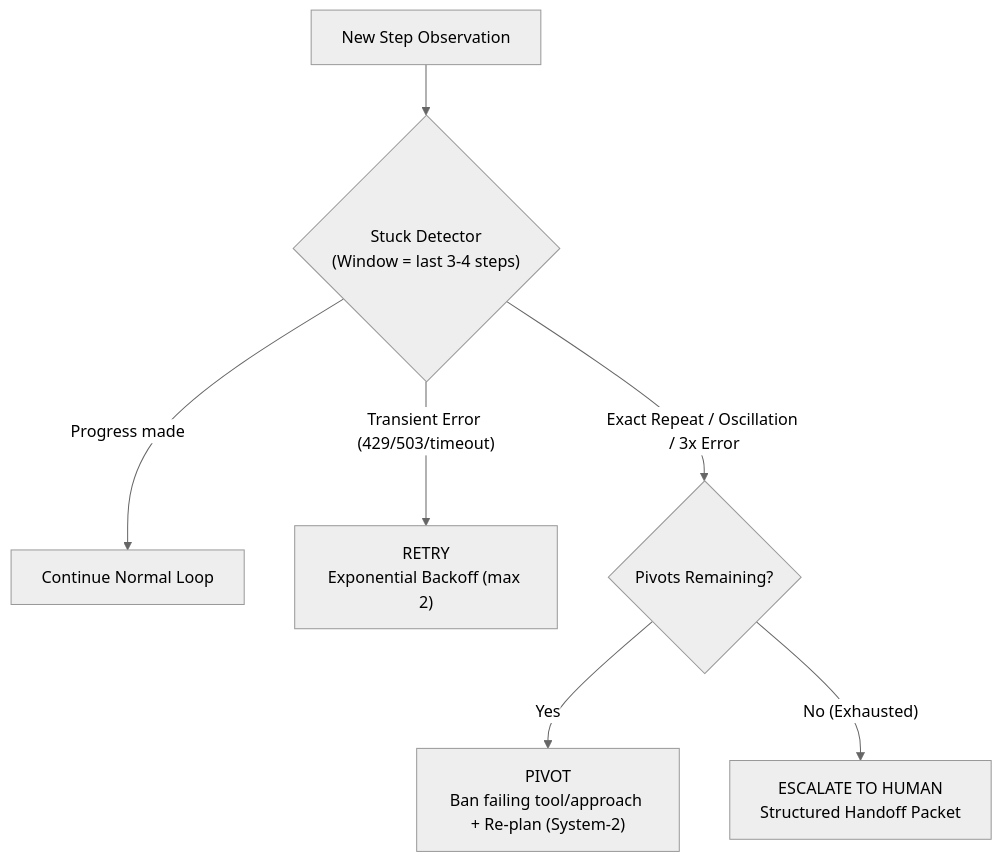
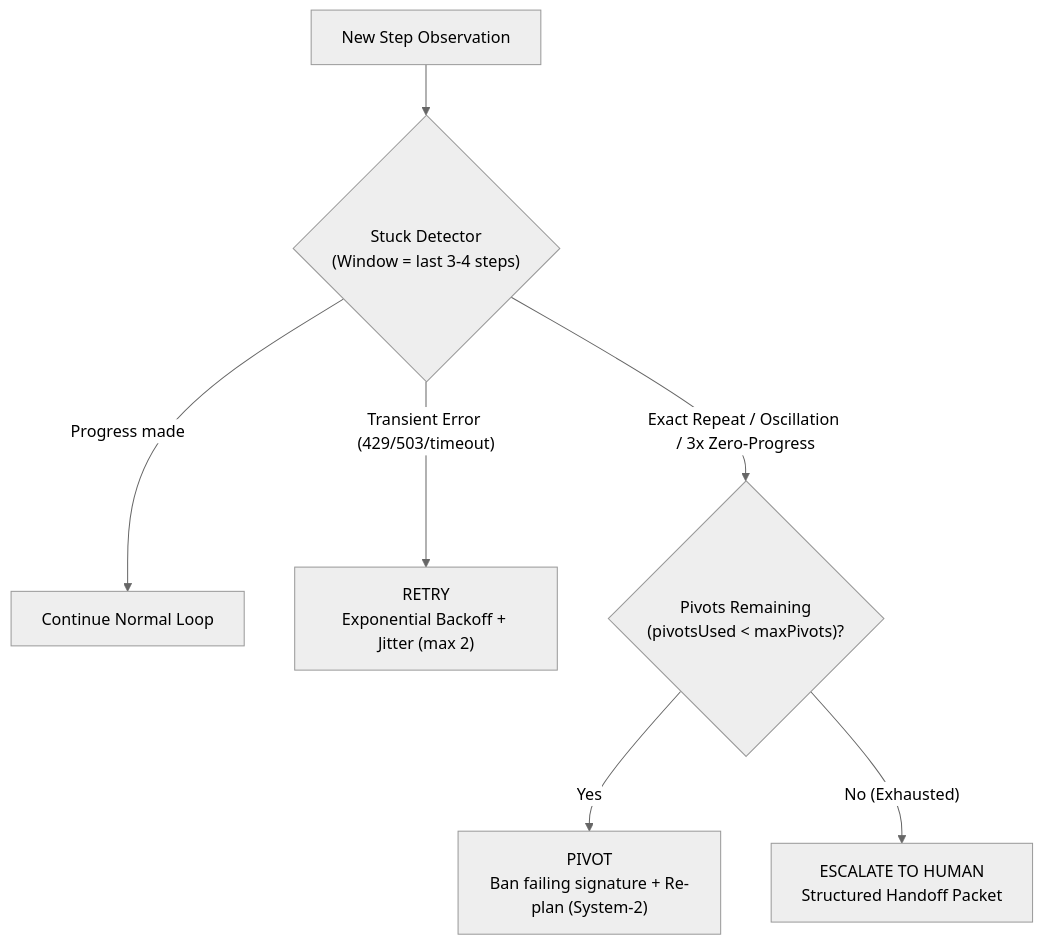
The first of 2 diagrams in Lecture 14 - Loop Engineering and A2A Protocol/notes/04_Stuck_Detection_Retry_Pivot_and_Escalation.md (Amie-dev/FDE-and-GenAI-Mastery), drawn with Mermaid (neutral theme) before and after one commit. The commit also changed other lines of this file and 92 other files, not shown here.

````diff
--- a/Lecture 14 - Loop Engineering and A2A Protocol/notes/04_Stuck_Detection_Retry_Pivot_and_Escalation.md
+++ b/Lecture 14 - Loop Engineering and A2A Protocol/notes/04_Stuck_Detection_Retry_Pivot_and_Escalation.md
@@ -34,9 +34,9 @@
 ```mermaid
 flowchart TD
     Obs["New Step Observation"] --> Check{"Stuck Detector<br/>(Window = last 3-4 steps)"}
     Check -->|"Progress made"| Next["Continue Normal Loop"]
-    Check -->|"Transient Error (429/503/timeout)"| Retry["RETRY<br/>Exponential Backoff (max 2)"]
-    Check -->|"Exact Repeat / Oscillation / 3x Error"| PivotCheck{"Pivots Remaining?"}
-    PivotCheck -->|"Yes"| Pivot["PIVOT<br/>Ban failing tool/approach + Re-plan (System-2)"]
+    Check -->|"Transient Error (429/503/timeout)"| Retry["RETRY<br/>Exponential Backoff + Jitter (max 2)"]
+    Check -->|"Exact Repeat / Oscillation / 3x Zero-Progress"| PivotCheck{"Pivots Remaining<br/>(pivotsUsed < maxPivots)?"}
+    PivotCheck -->|"Yes"| Pivot["PIVOT<br/>Ban failing signature + Re-plan (System-2)"]
     PivotCheck -->|"No (Exhausted)"| Esc["ESCALATE TO HUMAN<br/>Structured Handoff Packet"]
 ```
````
